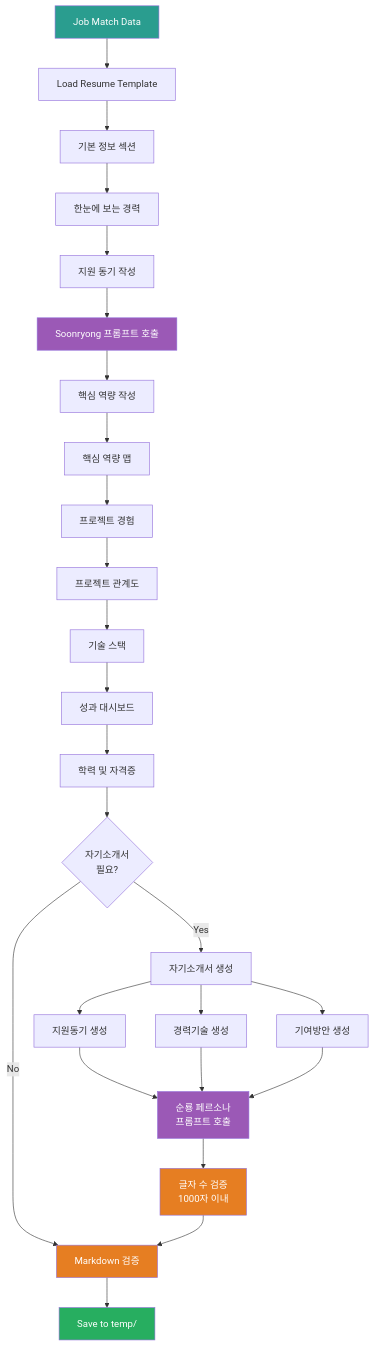
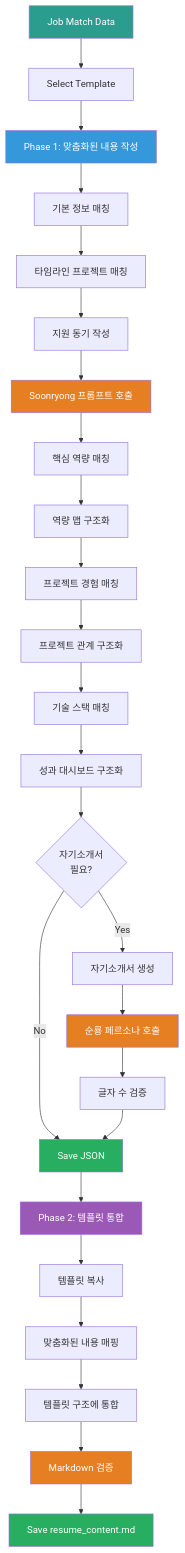
One commit to moobaek/Testing_AI_agents_for_public_use changed the first of 7 diagrams in portfolio/portfolio_docs/resume_generator/prompts/3_Generate_Resume.md. Above: the diagram before and after it, drawn with Mermaid. The commit also changed other lines of this file and 73 other files, not shown here.

````diff
--- a/portfolio/portfolio_docs/resume_generator/prompts/3_Generate_Resume.md
+++ b/portfolio/portfolio_docs/resume_generator/prompts/3_Generate_Resume.md
@@ -13,42 +13,43 @@
 ```mermaid
 graph TD
-    START[Job Match Data] --> TEMPLATE[Load Resume Template]
-    TEMPLATE --> BASIC[기본 정보 섹션]
-    BASIC --> TIMELINE[한눈에 보는 경력]
-    TIMELINE --> MOTIVATION[지원 동기 작성]
-
-    MOTIVATION --> SOONRYONG[Soonryong 프롬프트 호출]
-    SOONRYONG --> COMPETENCY[핵심 역량 작성]
-
-    COMPETENCY --> MINDMAP[핵심 역량 맵]
-    MINDMAP --> PROJECTS[프로젝트 경험]
-    PROJECTS --> RELATION[프로젝트 관계도]
-
-    RELATION --> TECH[기술 스택]
-    TECH --> DASHBOARD[성과 대시보드]
-    DASHBOARD --> EDUCATION[학력 및 자격증]
-
-    EDUCATION --> CHECK{자기소개서<br/>필요?}
-    CHECK -->|Yes| COVER[자기소개서 생성]
-    CHECK -->|No| VALIDATE[Markdown 검증]
+    START[Job Match Data] --> SELECT[Select Template]
+    SELECT --> PHASE1[Phase 1: 맞춤화된 내용 작성]
     
-    COVER --> COVER1[지원동기 생성]
-    COVER --> COVER2[경력기술 생성]
-    COVER --> COVER3[기여방안 생성]
+    PHASE1 --> P1_BASIC[기본 정보 매칭]
+    P1_BASIC --> P1_TIMELINE[타임라인 프로젝트 매칭]
+    P1_TIMELINE --> P1_MOTIVATION[지원 동기 작성]
     
-    COVER1 --> SOONRYONG2[순룡 페르소나<br/>프롬프트 호출]
-    COVER2 --> SOONRYONG2
-    COVER3 --> SOONRYONG2
+    P1_MOTIVATION --> P1_SOONRYONG[Soonryong 프롬프트 호출]
+    P1_SOONRYONG --> P1_COMPETENCY[핵심 역량 매칭]
     
-    SOONRYONG2 --> LENGTH[글자 수 검증<br/>1000자 이내]
-    LENGTH --> VALIDATE
-
-    VALIDATE --> END[Save to temp/]
+    P1_COMPETENCY --> P1_MINDMAP[역량 맵 구조화]
+    P1_MINDMAP --> P1_PROJECTS[프로젝트 경험 매칭]
+    P1_PROJECTS --> P1_RELATION[프로젝트 관계 구조화]
+    
+    P1_RELATION --> P1_TECH[기술 스택 매칭]
+    P1_TECH --> P1_DASHBOARD[성과 대시보드 구조화]
+    P1_DASHBOARD --> P1_COVER{자기소개서<br/>필요?}
+    
+    P1_COVER -->|Yes| P1_COVER_GEN[자기소개서 생성]
+    P1_COVER -->|No| P1_JSON[Save JSON]
+    P1_COVER_GEN --> P1_COVER_SOONRYONG[순룡 페르소나 호출]
+    P1_COVER_SOONRYONG --> P1_COVER_LENGTH[글자 수 검증]
+    P1_COVER_LENGTH --> P1_JSON
+    
+    P1_JSON --> PHASE2[Phase 2: 템플릿 통합]
+    PHASE2 --> P2_COPY[템플릿 복사]
+    P2_COPY --> P2_MAP[맞춤화된 내용 매핑]
+    P2_MAP --> P2_INTEGRATE[템플릿 구조에 통합]
+    P2_INTEGRATE --> VALIDATE[Markdown 검증]
+    
+    VALIDATE --> END[Save resume_content.md]
 
     style START fill:#2a9d8f,color:#fff
-    style SOONRYONG fill:#9b59b6,color:#fff
-    style SOONRYONG2 fill:#9b59b6,color:#fff
-    style LENGTH fill:#e67e22,color:#fff
+    style PHASE1 fill:#3498db,color:#fff
+    style PHASE2 fill:#9b59b6,color:#fff
+    style P1_SOONRYONG fill:#e67e22,color:#fff
+    style P1_COVER_SOONRYONG fill:#e67e22,color:#fff
+    style P1_JSON fill:#27ae60,color:#fff
     style VALIDATE fill:#e67e22,color:#fff
     style END fill:#27ae60,color:#fff
 ```
````
